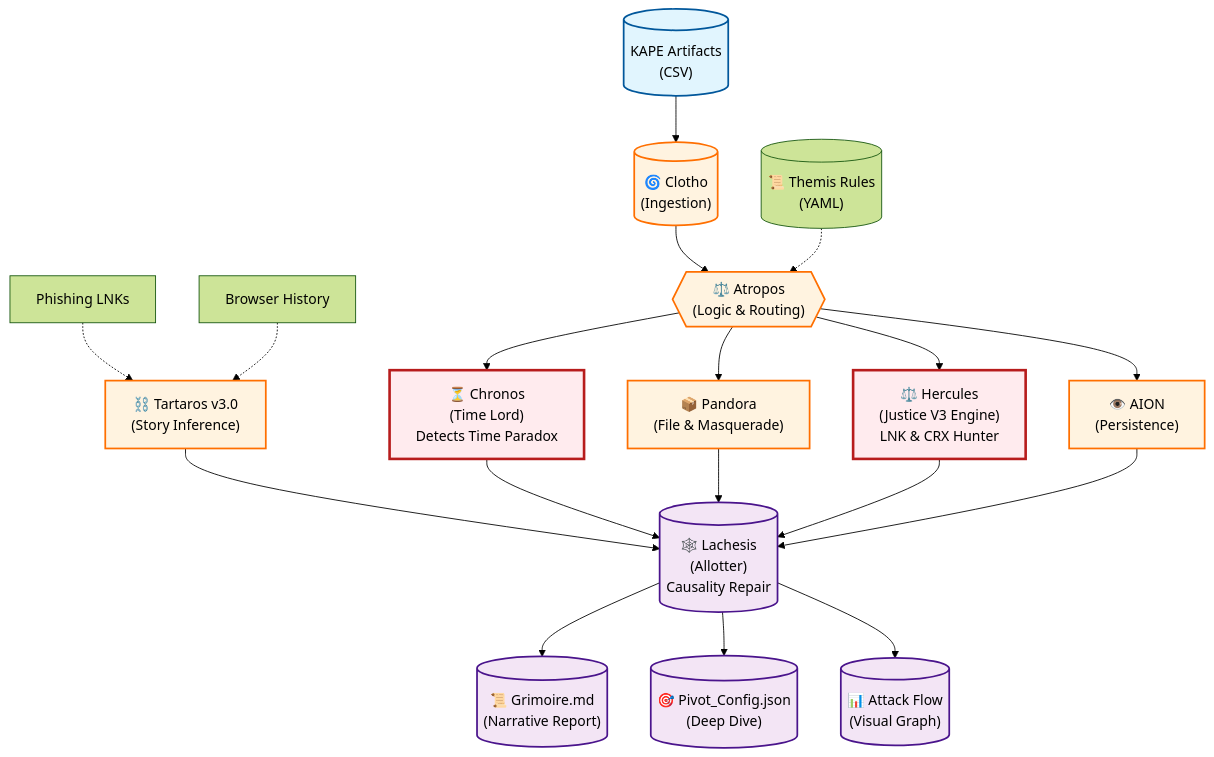
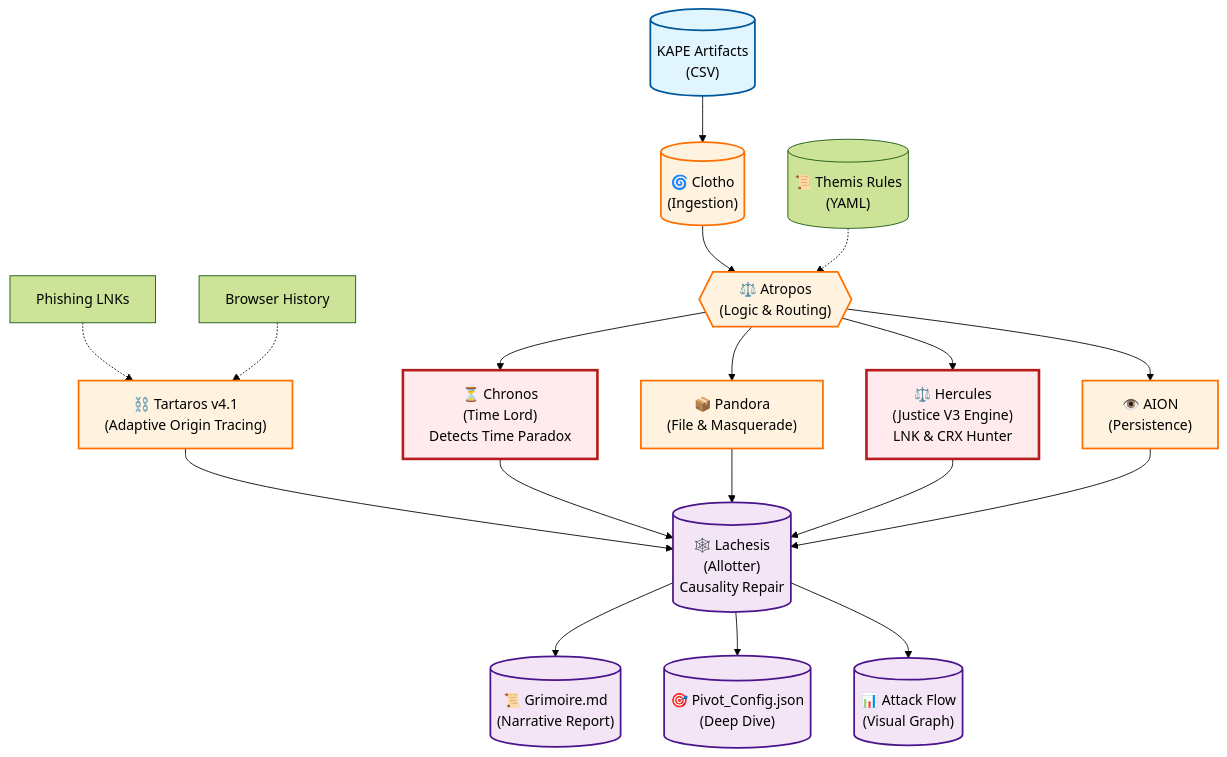
The diagram in README.md (schutzz/SkiaHelios), drawn with Mermaid (forest theme) before and after one commit. The commit also changed other lines of this file and 6 other files, not shown here.

````diff
--- a/README.md
+++ b/README.md
@@ -24,37 +24,37 @@
 ```mermaid
 graph TD
     %% Define Styles
     classDef input fill:#e1f5fe,stroke:#01579b,stroke-width:2px;
     classDef engine fill:#fff3e0,stroke:#ff6f00,stroke-width:2px;
     classDef judge fill:#ffebee,stroke:#b71c1c,stroke-width:3px;
     classDef report fill:#f3e5f5,stroke:#4a148c,stroke-width:2px;
 
     %% Input Stage
     Input[("KAPE Artifacts\n(CSV)")]:::input --> Clotho[("🌀 Clotho\n(Ingestion)")]:::engine
     
     %% Analysis Stage (Themis Logic)
     Clotho --> Atropos{{"⚖️ Atropos\n(Logic & Routing)"}}:::engine
     Rules[("📜 Themis Rules\n(YAML)")] -.-> Atropos
     
     %% Specialized Modules
     Atropos --> Chronos["⏳ Chronos\n(Time Lord)\nDetects Time Paradox"]:::judge
     Atropos --> Pandora["📦 Pandora\n(File & Masquerade)"]:::engine
     Atropos --> Hercules["⚖️ Hercules\n(Justice V3 Engine)\nLNK & CRX Hunter"]:::judge
     Atropos --> Aion["👁️ AION\n(Persistence)"]:::engine
     
     %% Origin Tracing
-    LNKs["Phishing LNKs"] -.-> Tartaros["⛓️ Tartaros v3.0\n(Story Inference)"]:::engine
+    LNKs["Phishing LNKs"] -.-> Tartaros["⛓️ Tartaros v4.1\n(Adaptive Origin Tracing)"]:::engine
     History["Browser History"] -.-> Tartaros
     Tartaros --> Lachesis
     
     %% Reporting Stage
     Chronos --> Lachesis[("🕸️ Lachesis\n(Allotter)\nCausality Repair")]:::report
     Pandora --> Lachesis
     Hercules --> Lachesis
     Aion --> Lachesis
     
     %% Output
     Lachesis --> Report[("📜 Grimoire.md\n(Narrative Report)")]:::report
     Lachesis --> Pivot[("🎯 Pivot_Config.json\n(Deep Dive)")]:::report
     Lachesis --> Mermaid[("📊 Attack Flow\n(Visual Graph)")]:::report
 ```
````
